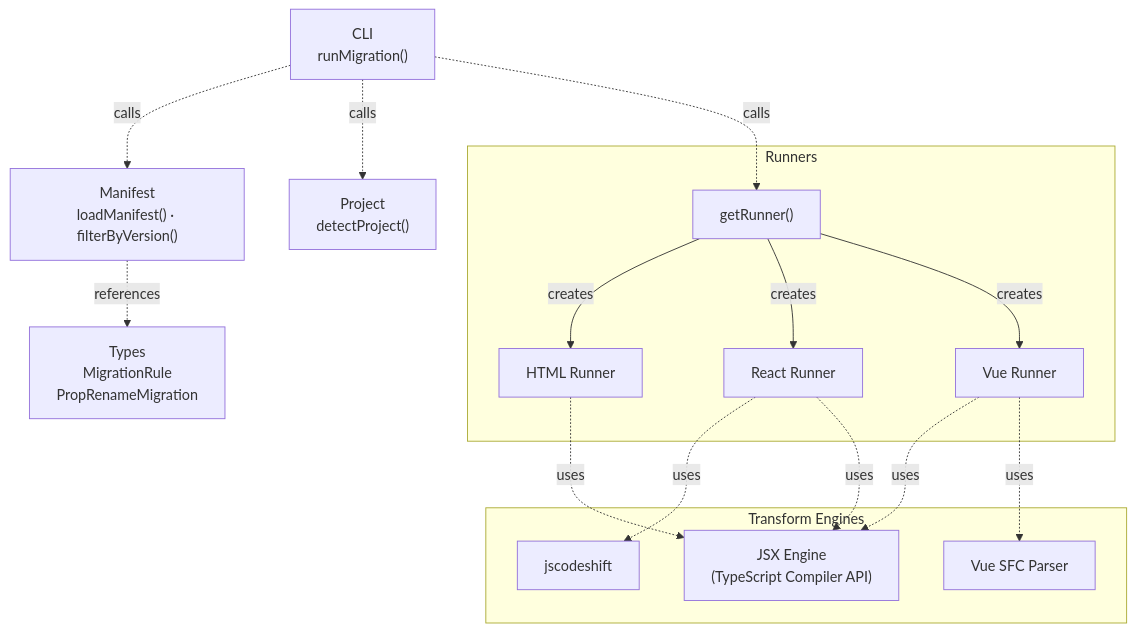
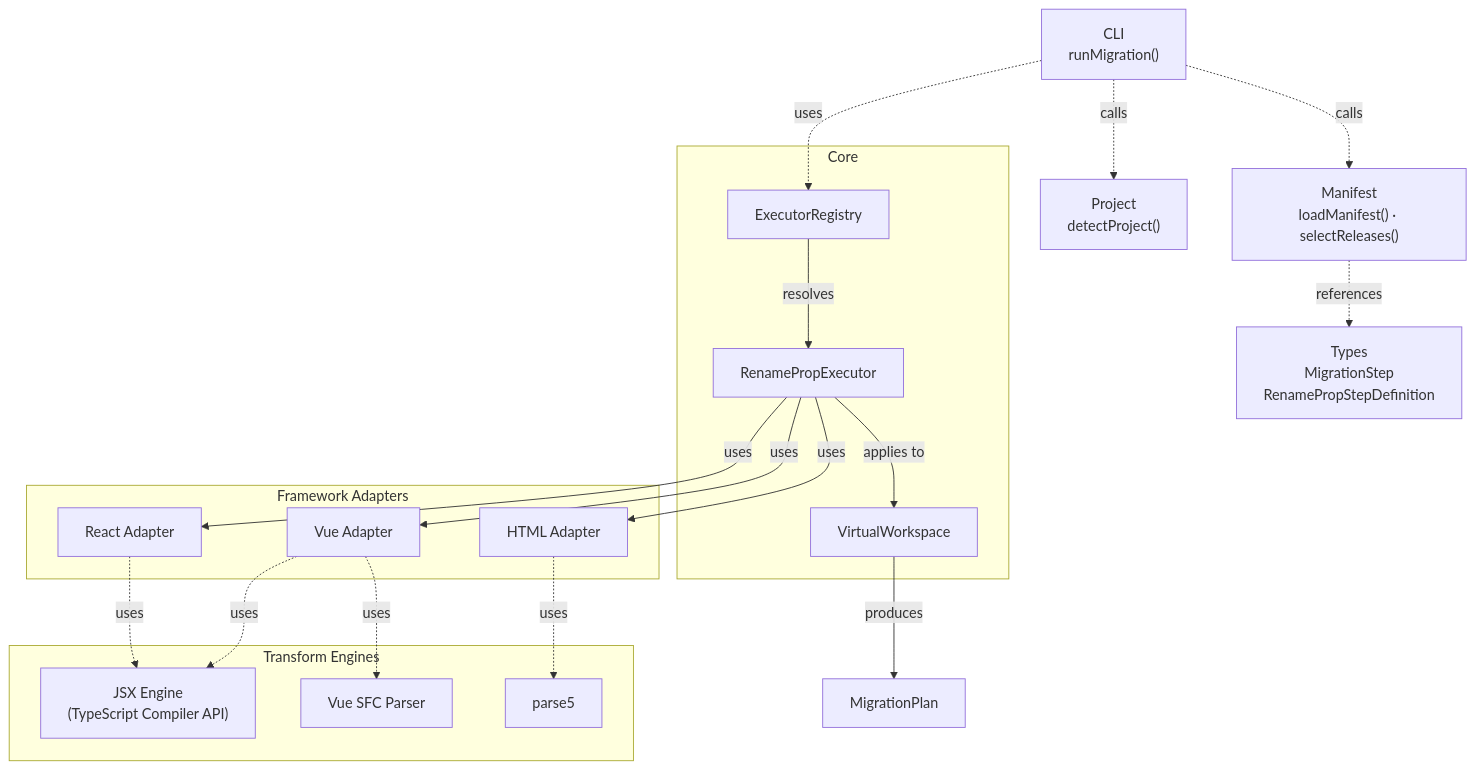
The first of 2 diagrams in packages/migrations/DOCS.md (Infineon/infineon-design-system-stencil), drawn with Mermaid before and after one commit. The commit also changed other lines of this file and 9 other files, not shown here.

Commit message:
feat(migrations): enhance React and Vue adapters with improved diagnostics and support for local prop objects

````diff
--- a/packages/migrations/DOCS.md
+++ b/packages/migrations/DOCS.md
@@ -5,36 +25,44 @@
 ```mermaid
 flowchart TD
     CLI["CLI\nrunMigration()"]
-    Manifest["Manifest\nloadManifest() · filterByVersion()"]
+    Manifest["Manifest\nloadManifest() · selectReleases()"]
     Project["Project\ndetectProject()"]
-    Types["Types\nMigrationRule\nPropRenameMigration"]
+    Types["Types\nMigrationStep\nRenamePropStepDefinition"]
 
-    subgraph runners["Runners"]
-        RunnerIndex["getRunner()"]
-        HTML["HTML Runner"]
-        React["React Runner"]
-        Vue["Vue Runner"]
+    subgraph core["Core"]
+        Registry["ExecutorRegistry"]
+        Executor["RenamePropExecutor"]
+        Workspace["VirtualWorkspace"]
+    end
+
+    subgraph adapters["Framework Adapters"]
+        HTML["HTML Adapter"]
+        React["React Adapter"]
+        Vue["Vue Adapter"]
     end
 
     subgraph engines["Transform Engines"]
         JSX["JSX Engine\n(TypeScript Compiler API)"]
-        Jscodeshift["jscodeshift"]
         VueSFC["Vue SFC Parser"]
+        Parse5["parse5"]
     end
 
     CLI -.->|calls| Manifest
     CLI -.->|calls| Project
-    CLI -.->|calls| RunnerIndex
+    CLI -.->|uses| Registry
 
-    RunnerIndex -->|creates| HTML
-    RunnerIndex -->|creates| React
-    RunnerIndex -->|creates| Vue
+    Registry -->|resolves| Executor
+    Executor -->|uses| HTML
+    Executor -->|uses| React
+    Executor -->|uses| Vue
 
-    HTML -.->|uses| JSX
+    HTML -.->|uses| Parse5
+    React -.->|uses| JSX
     Vue  -.->|uses| JSX
     Vue  -.->|uses| VueSFC
-    React -.->|uses| Jscodeshift
-    React -.->|uses| JSX
+
+    Executor -->|applies to| Workspace
+    Workspace -->|produces| Plan["MigrationPlan"]
 
     Manifest -.->|references| Types
 ```
````
